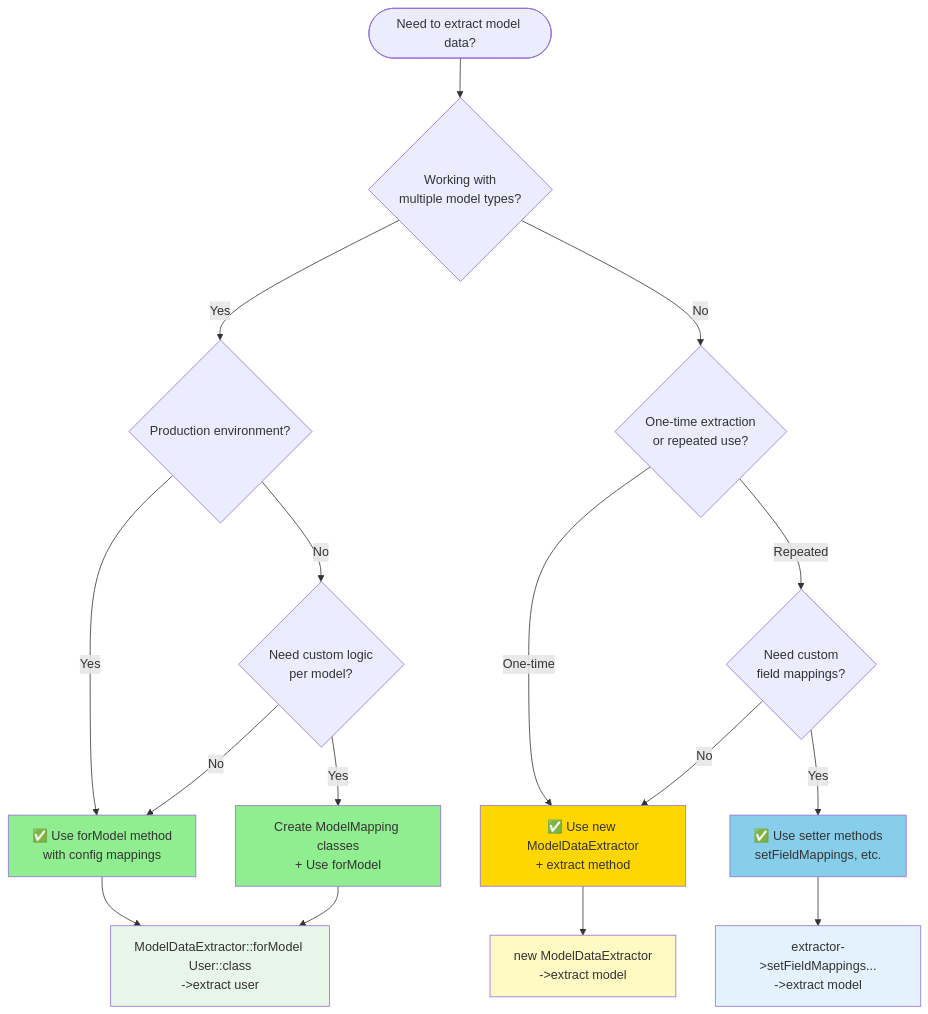
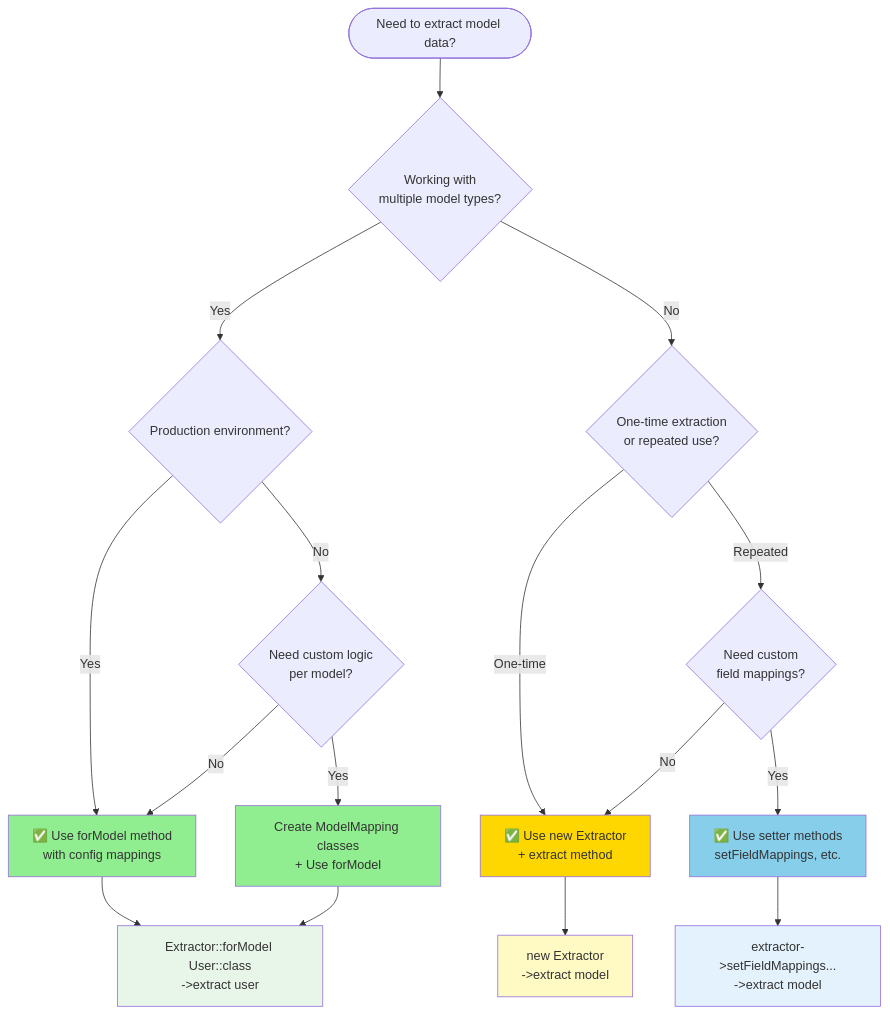
One commit to cleaniquecoders/eligify changed the first of 3 diagrams in docs/model-data-extraction.md. Above: the diagram before and after it, drawn with Mermaid. The commit also changed other lines of this file and 9 other files, not shown here.

````diff
--- a/docs/model-data-extraction.md
+++ b/docs/model-data-extraction.md
@@ -7,32 +7,32 @@
 ```mermaid
 flowchart TD
     Start([Need to extract model data?]) --> MultiModel{Working with<br/>multiple model types?}
 
     MultiModel -->|Yes| Production{Production environment?}
     MultiModel -->|No| OneTime{One-time extraction<br/>or repeated use?}
 
     Production -->|Yes| UseForModel[✅ Use forModel method<br/>with config mappings]
     Production -->|No| DevEnv{Need custom logic<br/>per model?}
 
     DevEnv -->|Yes| CreateMapping[Create ModelMapping classes<br/>+ Use forModel]
     DevEnv -->|No| UseForModel
 
-    OneTime -->|One-time| QuickExtract[✅ Use new ModelDataExtractor<br/>+ extract method]
+    OneTime -->|One-time| QuickExtract[✅ Use new Extractor<br/>+ extract method]
     OneTime -->|Repeated| NeedCustom{Need custom<br/>field mappings?}
 
     NeedCustom -->|Yes| SetMappings[✅ Use setter methods<br/>setFieldMappings, etc.]
     NeedCustom -->|No| QuickExtract
 
-    UseForModel --> Result1[ModelDataExtractor::forModel User::class<br/>->extract user]
+    UseForModel --> Result1[Extractor::forModel User::class<br/>->extract user]
     CreateMapping --> Result1
     SetMappings --> Result2[extractor->setFieldMappings...<br/>->extract model]
-    QuickExtract --> Result3[new ModelDataExtractor<br/>->extract model]
+    QuickExtract --> Result3[new Extractor<br/>->extract model]
 
     style UseForModel fill:#90EE90
     style CreateMapping fill:#90EE90
     style SetMappings fill:#87CEEB
     style QuickExtract fill:#FFD700
     style Result1 fill:#E8F5E9
     style Result2 fill:#E3F2FD
     style Result3 fill:#FFF9C4
 ```
````
